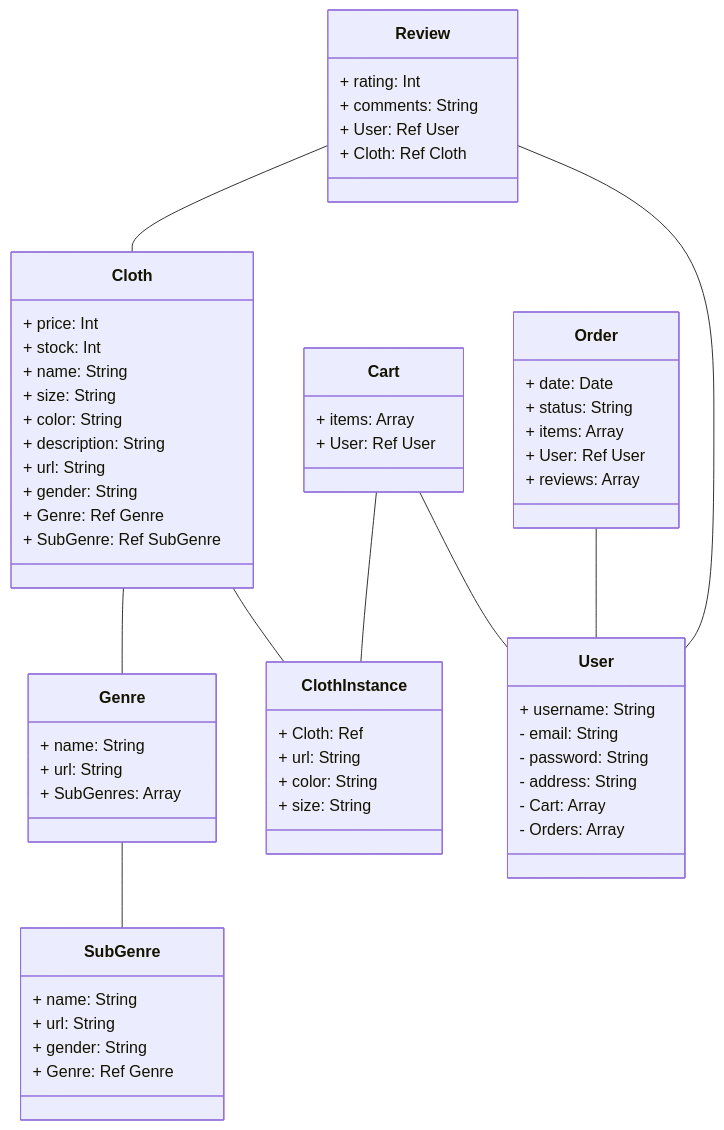
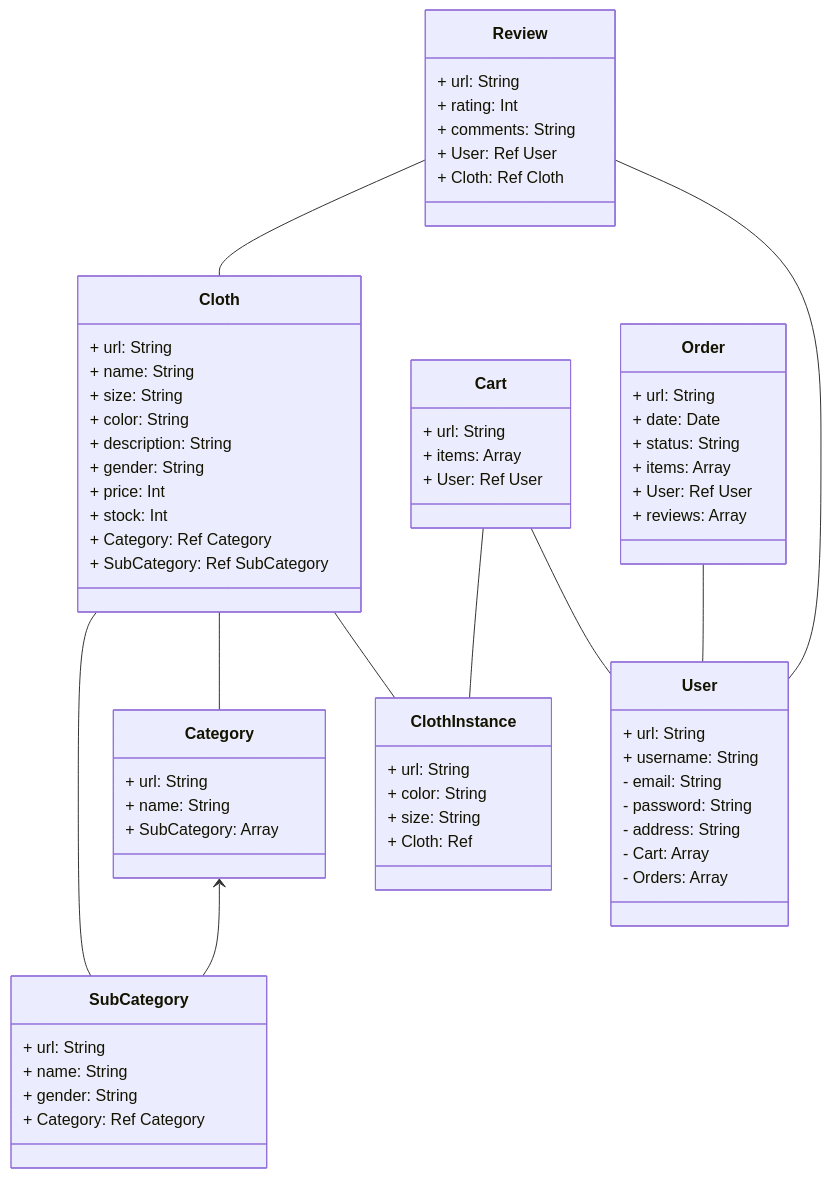
Before and after one commit to aScHEABL/inventory-application: the diagram in README.md, drawn with Mermaid.

Commit message:
fix: url, reorganize

````diff
--- a/README.md
+++ b/README.md
@@ -2,75 +2,79 @@
 ```mermaid
 classDiagram
     Cloth -- ClothInstance
-    Cloth -- Genre
-    Genre -- SubGenre
+    Cloth -- Category
+    Cloth -- SubCategory
+    Category <-- SubCategory
     Cart -- User
     Order -- User
     Review -- User
     Review -- Cloth
     Cart -- ClothInstance
 
     class Cloth {
-        + price: Int
-        + stock: Int
+        + url: String
         + name: String
         + size: String
         + color: String
         + description: String
-        + url: String
         + gender: String
-        + Genre: Ref Genre
-        + SubGenre: Ref SubGenre
+        + price: Int
+        + stock: Int
+        + Category: Ref Category
+        + SubCategory: Ref SubCategory
     }
 
     class ClothInstance {
-        + Cloth: Ref
         + url: String
         + color: String
         + size: String
+        + Cloth: Ref
     }
 
-    class Genre {
+    class Category {
+        + url: String
         + name: String
-        + url: String
-        + SubGenres: Array<Ref SubGenre>
+        + SubCategory: Array<Ref SubCategory>
     }
 
-    class SubGenre {
+    class SubCategory {
+        + url: String
         + name: String
-        + url: String
         + gender: String
-        + Genre: Ref Genre
+        + Category: Ref Category
     }
 
     class User {
+        + url: String
         + username: String
         - email: String
         - password: String
         - address: String
         - Cart: Array<Ref Cart>
         - Orders: Array<Ref Order>
     }
 
     class Order {
+        + url: String
         + date: Date
         + status: String
         + items: Array<Ref ClothInstance>
         + User: Ref User
         + reviews: Array<Ref Review>
     }
 
     class Review {
+        + url: String
         + rating: Int
         + comments: String
         + User: Ref User
         + Cloth: Ref Cloth
     }
 
     class Cart {
+        + url: String
         + items: Array<Ref ClothInstance>
         + User: Ref User
     }
 
-
 ```
````
